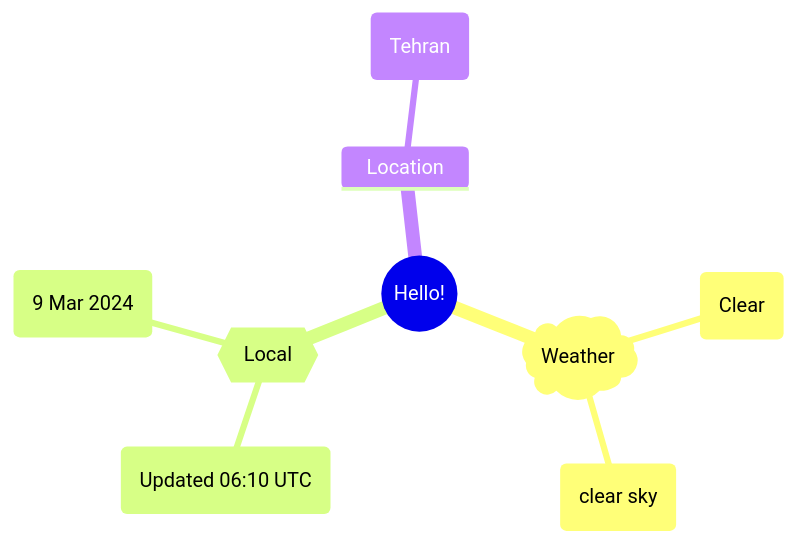
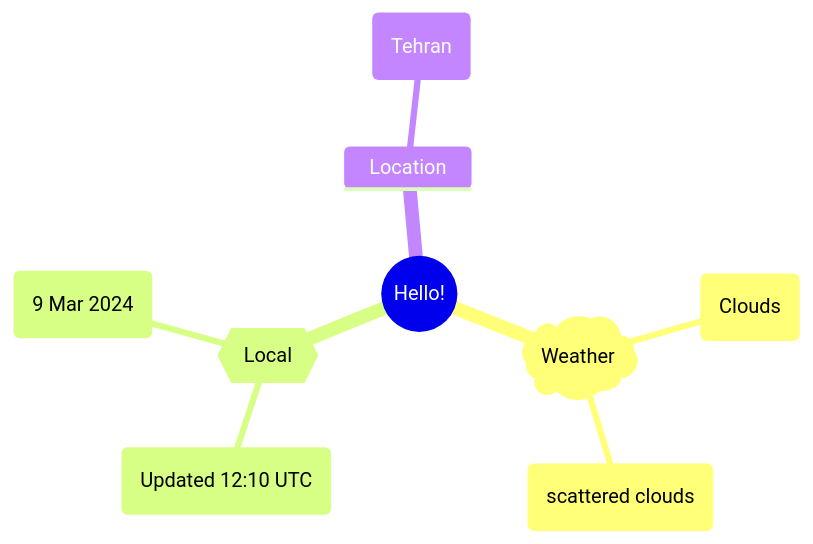
The first of 2 diagrams in README.md (Xosrov/Xosrov), drawn with Mermaid before and after one commit.

Commit message:
[bot] updated images

````diff
--- a/README.md
+++ b/README.md
@@ -3,12 +3,12 @@
 ```mermaid
 mindmap
   root((Hello!))
     )Weather(
-        (Clear)
-        (clear sky)
+        (Clouds)
+        (scattered clouds)
     {{Local}}
-        (Updated 06:10 UTC)
+        (Updated 12:10 UTC)
         (9 Mar 2024)
     Location
         (Tehran)
 ```
````
